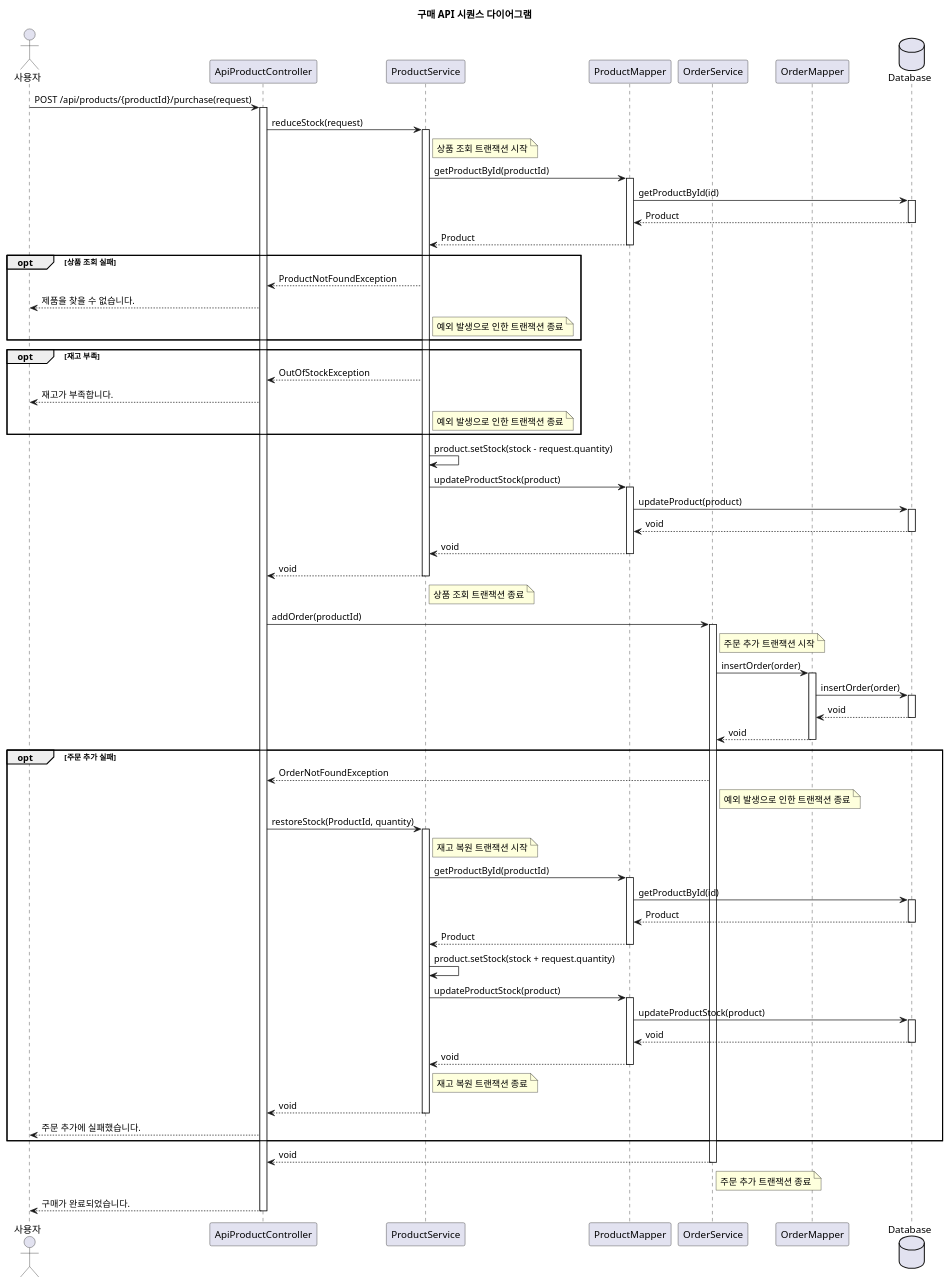
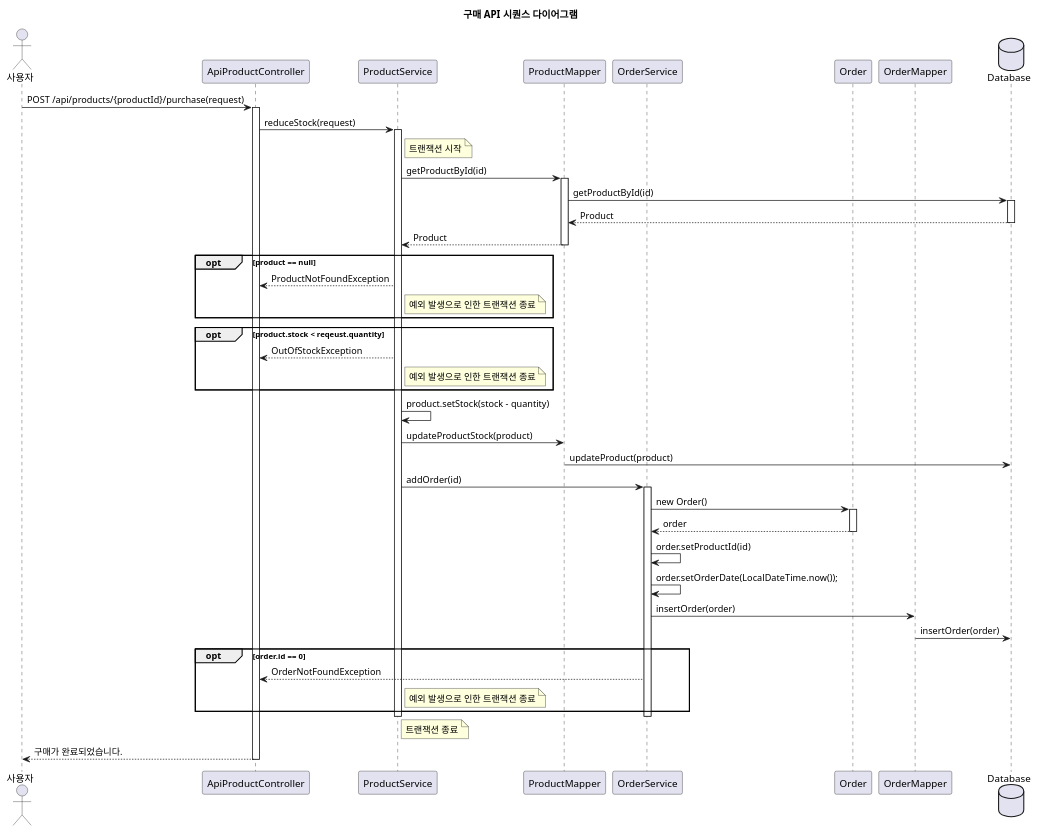
Before and after one commit to siljae/shoppingmall: the diagram in docs/diagrams/Order.puml, drawn with PlantUML. The commit also changed 6 other files, not shown here.

```diff
--- a/docs/diagrams/Order.puml
+++ b/docs/diagrams/Order.puml
@@ -1,101 +1,65 @@
 @startuml
 title 구매 API 시퀀스 다이어그램
 
 actor 사용자 as User
 participant "ApiProductController" as Controller
 participant "ProductService" as ProductService
 participant "ProductMapper" as ProductMapper
 participant "OrderService" as OrderService
+participant "Order" as Order
 participant "OrderMapper" as OrderMapper
 database "Database" as DB
+
 
 User -> Controller : POST /api/products/{productId}/purchase(request)
 activate Controller
 
 Controller -> ProductService : reduceStock(request)
 activate ProductService
 
-note right of ProductService : 상품 조회 트랜잭션 시작
-    ProductService -> ProductMapper : getProductById(productId)
+note right of ProductService : 트랜잭션 시작
+    ProductService -> ProductMapper : getProductById(id)
     activate ProductMapper
         ProductMapper -> DB : getProductById(id)
         activate DB
         DB --> ProductMapper : Product
         deactivate DB
     ProductMapper --> ProductService : Product
     deactivate ProductMapper
 
-    opt 상품 조회 실패
+    opt product == null
     ProductService --> Controller : ProductNotFoundException
-    Controller --> User : 제품을 찾을 수 없습니다.
     note right of ProductService : 예외 발생으로 인한 트랜잭션 종료
     end
-    opt 재고 부족
+    opt product.stock < reqeust.quantity
     ProductService --> Controller : OutOfStockException
-    Controller --> User : 재고가 부족합니다.
     note right of ProductService : 예외 발생으로 인한 트랜잭션 종료
     end
 
-    ProductService -> ProductService : product.setStock(stock - request.quantity)
+    ProductService -> ProductService : product.setStock(stock - quantity)
     ProductService -> ProductMapper : updateProductStock(product)
-    activate ProductMapper
-        ProductMapper -> DB : updateProduct(product)
-        activate DB
-        DB --> ProductMapper : void
-        deactivate DB
-    ProductMapper --> ProductService : void
-    deactivate ProductMapper
-ProductService --> Controller : void
-deactivate ProductService
-note right of ProductService : 상품 조회 트랜잭션 종료
+    ProductMapper -> DB : updateProduct(product)
+    ProductService -> OrderService : addOrder(id)
+    activate OrderService
+        OrderService -> Order : new Order()
+        activate Order
+        Order --> OrderService : order
+        deactivate Order
+        OrderService -> OrderService : order.setProductId(id)
+        OrderService -> OrderService : order.setOrderDate(LocalDateTime.now());
+        deactivate Order
+    OrderService -> OrderMapper : insertOrder(order)
+    OrderMapper -> DB : insertOrder(order)
 
-Controller -> OrderService : addOrder(productId)
-activate OrderService
-
-note right of OrderService : 주문 추가 트랜잭션 시작
-    OrderService -> OrderMapper : insertOrder(order)
-    activate OrderMapper
-
-        OrderMapper -> DB : insertOrder(order)
-        activate DB
-        DB --> OrderMapper : void
-        deactivate DB
-    OrderMapper --> OrderService : void
-    deactivate OrderMapper
-
-    opt 주문 추가 실패
+    opt order.id == 0
     OrderService --> Controller : OrderNotFoundException
-    note right of OrderService : 예외 발생으로 인한 트랜잭션 종료
-    Controller -> ProductService : restoreStock(ProductId, quantity)
-    note right of ProductService : 재고 복원 트랜잭션 시작
-    activate ProductService
-        ProductService -> ProductMapper : getProductById(productId)
-        activate ProductMapper
-            ProductMapper -> DB : getProductById(id)
-            activate DB
-            DB --> ProductMapper : Product
-            deactivate DB
-        ProductMapper --> ProductService : Product
-        deactivate ProductMapper
-        ProductService -> ProductService : product.setStock(stock + request.quantity)
-            ProductService -> ProductMapper : updateProductStock(product)
-            activate ProductMapper
-                ProductMapper -> DB : updateProductStock(product)
-                activate DB
-                DB --> ProductMapper : void
-                deactivate DB
-            ProductMapper --> ProductService : void
-            deactivate ProductMapper
-            note right of ProductService : 재고 복원 트랜잭션 종료
-        ProductService --> Controller : void
-        deactivate ProductService
-    Controller --> User : 주문 추가에 실패했습니다.
+    note right of ProductService : 예외 발생으로 인한 트랜잭션 종료
     end
-OrderService --> Controller : void
-deactivate OrderService
-note right of OrderService : 주문 추가 트랜잭션 종료
+    deactivate OrderService
+    deactivate ProductService
+    note right of ProductService : 트랜잭션 종료
 
 Controller --> User : 구매가 완료되었습니다.
 deactivate Controller
 
 @enduml
```
